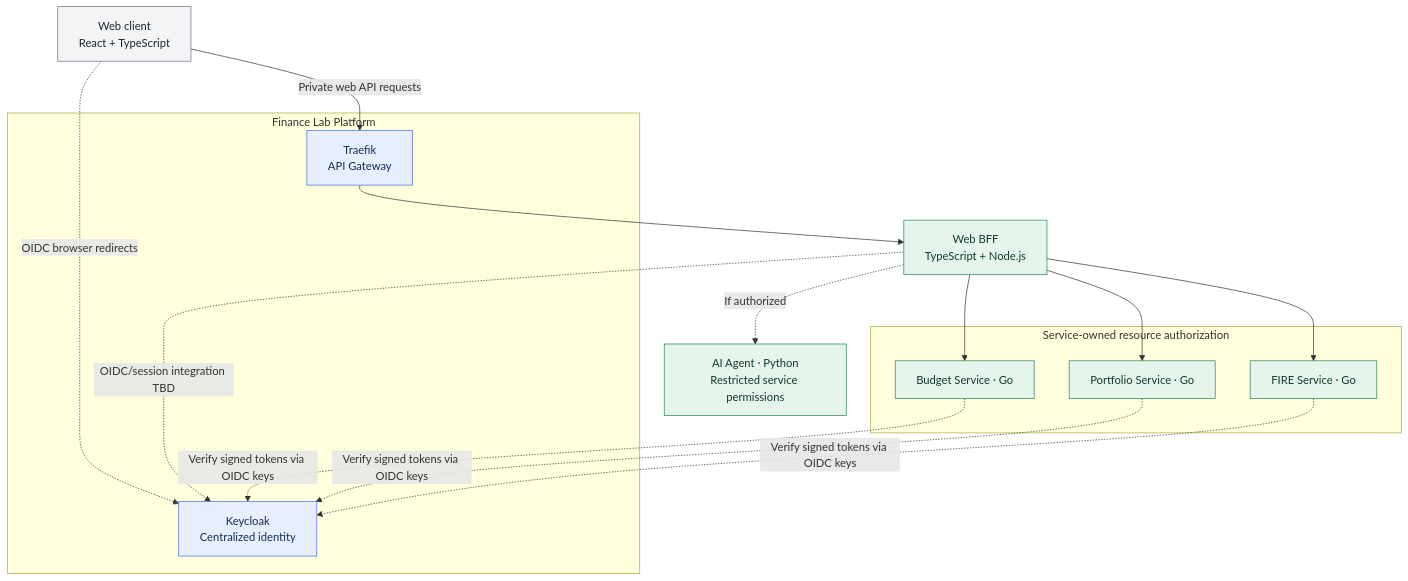
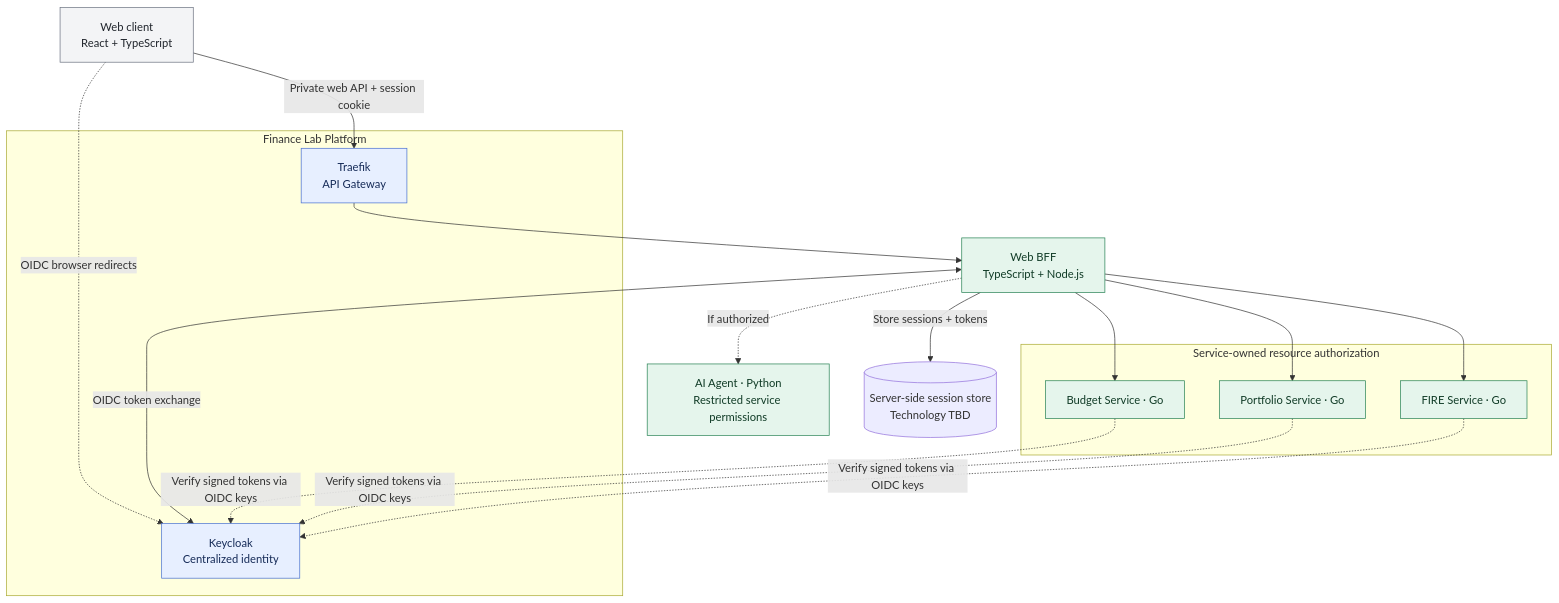
One commit to anton415/finance-lab changed the diagram in docs/architecture/decisions/0006-keycloak-identity-service-authorization.md. Above: the diagram before and after it, drawn with Mermaid. The commit also changed other lines of this file and 5 other files, not shown here.

First line of the commit message:
docs(architecture): accept ADR-013 BFF-managed browser sessions

````diff
--- a/docs/architecture/decisions/0006-keycloak-identity-service-authorization.md
+++ b/docs/architecture/decisions/0006-keycloak-identity-service-authorization.md
@@ -22,34 +22,35 @@
 ```mermaid
 flowchart TD
     CLIENT["Web client<br/>React + TypeScript"]
     BFF["Web BFF<br/>TypeScript + Node.js"]
     subgraph PLATFORM["Finance Lab Platform"]
         IDP["Keycloak<br/>Centralized identity"]
         G["Traefik<br/>API Gateway"]
     end
     subgraph FINANCE["Service-owned resource authorization"]
         B["Budget Service · Go"]
         P["Portfolio Service · Go"]
         F["FIRE Service · Go"]
     end
     A["AI Agent · Python<br/>Restricted service permissions"]
 
     CLIENT -.->|"OIDC browser redirects"| IDP
-    CLIENT -->|"Private web API requests"| G
+    CLIENT -->|"Private web API + session cookie"| G
     G --> BFF
-    BFF -.->|"OIDC/session integration TBD"| IDP
+    BFF <-->|"OIDC token exchange"| IDP
+    BFF -->|"Store sessions + tokens"| STORE[("Server-side session store<br/>Technology TBD")]
     BFF --> B
     BFF --> P
     BFF --> F
     BFF -.->|"If authorized"| A
     B -.->|"Verify signed tokens via OIDC keys"| IDP
     P -.->|"Verify signed tokens via OIDC keys"| IDP
     F -.->|"Verify signed tokens via OIDC keys"| IDP
 
     classDef edge fill:#E7EFFF,stroke:#466FD1,color:#162B58;
     classDef finance fill:#E5F5EC,stroke:#278254,color:#103B26;
     classDef client fill:#F3F4F6,stroke:#6B7280,color:#20252C;
     class CLIENT client;
     class IDP,G edge;
     class BFF,B,P,F,A finance;
 ```
````
